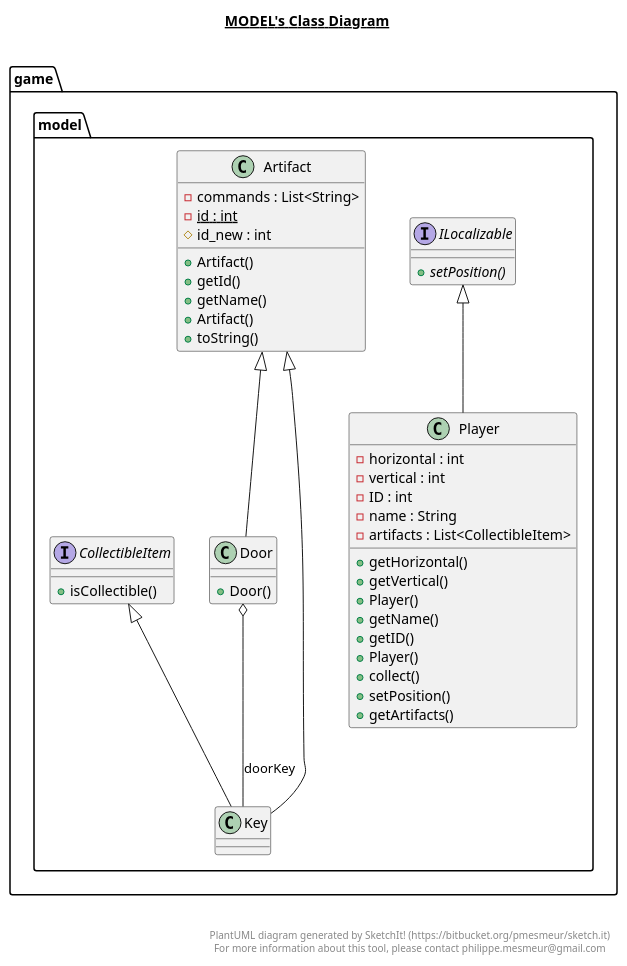
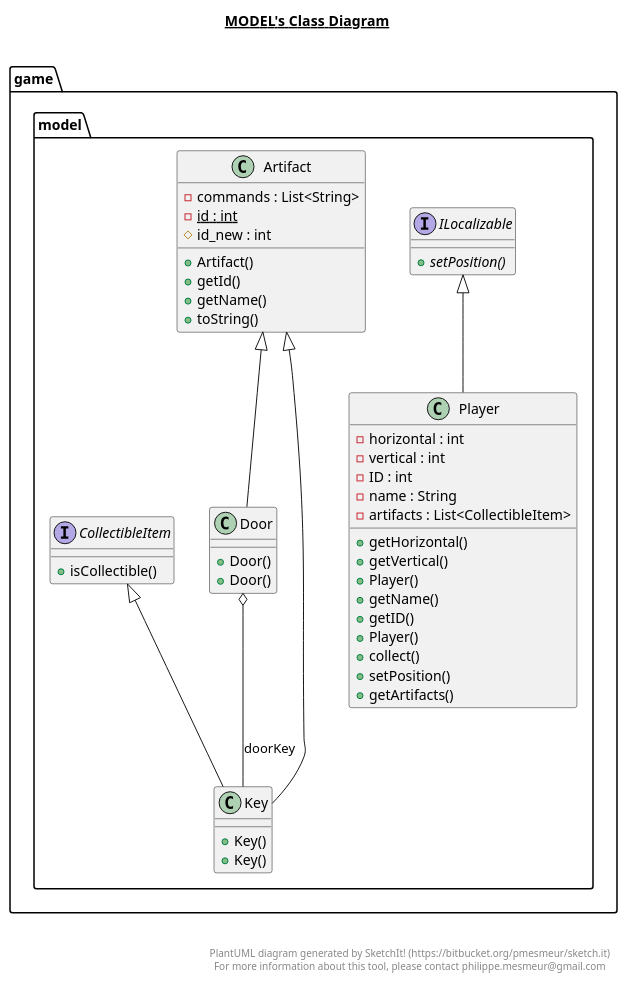
Before and after one commit to rflorian2017/TextAdventureGame: the diagram in src/game/model/model.plantuml, drawn with PlantUML. The commit also changed 10 other files, not shown here.

```diff
--- a/src/game/model/model.plantuml
+++ b/src/game/model/model.plantuml
@@ -1,92 +1,94 @@
 @startuml
 
 title __MODEL's Class Diagram__\n
 
   package game {
     package game.model {
       class Artifact {
           - commands : List<String>
           {static} - id : int
           # id_new : int
           + Artifact()
           + getId()
           + getName()
-          + Artifact()
           + toString()
       }
     }
   }
   
 
   package game {
     package game.model {
       interface CollectibleItem {
           + isCollectible()
       }
     }
   }
   
 
   package game {
     package game.model {
       class Door {
           + Door()
+          + Door()
       }
     }
   }
   
 
   package game {
     package game.model {
       interface ILocalizable {
           {abstract} + setPosition()
       }
     }
   }
   
 
   package game {
     package game.model {
       class Key {
+          + Key()
+          + Key()
       }
     }
   }
   
 
   package game {
     package game.model {
       class Player {
           - horizontal : int
           - vertical : int
           - ID : int
           - name : String
           - artifacts : List<CollectibleItem>
           + getHorizontal()
           + getVertical()
           + Player()
           + getName()
           + getID()
           + Player()
           + collect()
           + setPosition()
           + getArtifacts()
       }
     }
   }
   
 
   Door -up-|> Artifact
   Door o-- Key : doorKey
   Key -up-|> CollectibleItem
   Key -up-|> Artifact
   Player -up-|> ILocalizable
 
 
 right footer
 
 
 PlantUML diagram generated by SketchIt! (https://bitbucket.org/pmesmeur/sketch.it)
 For more information about this tool, please contact philippe.mesmeur@gmail.com
 endfooter
 
 @enduml
```
